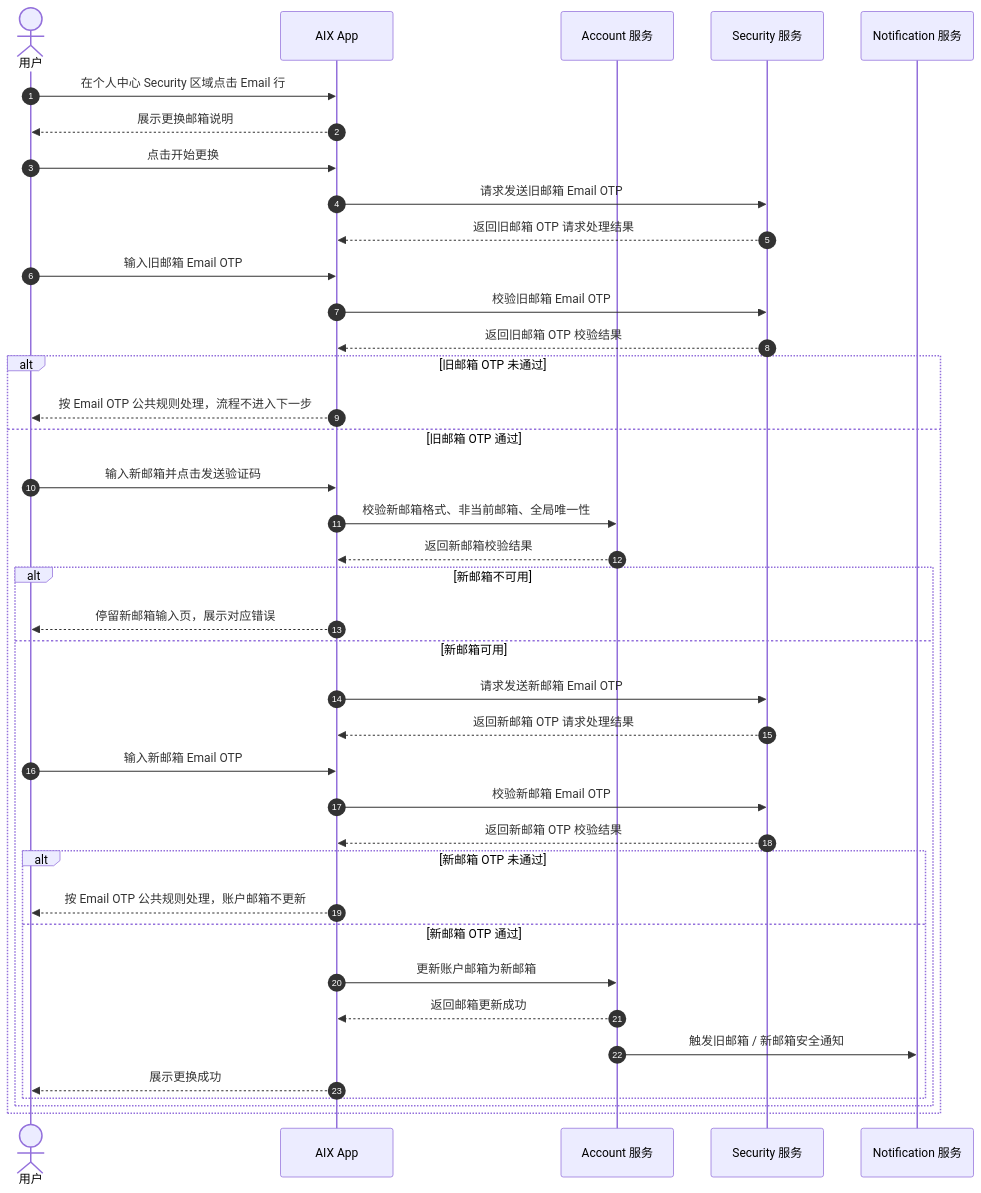
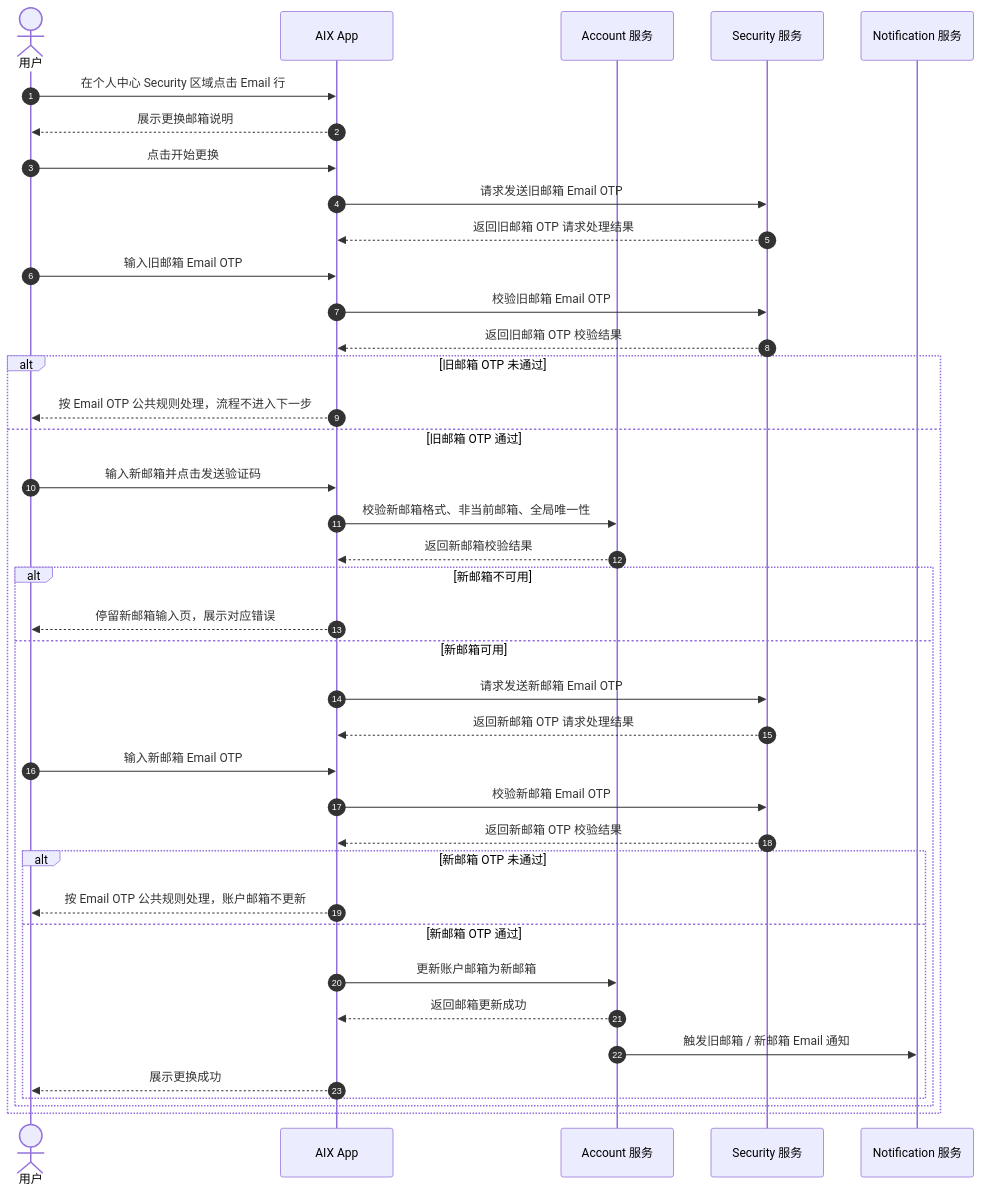
The first of 2 diagrams in requirements/2026-05/account/change-email.md (kelvin381539960-cyber/prd-for-ai), drawn with Mermaid before and after one commit. The commit also changed other lines of this file, not shown here.

Commit message:
docs: streamline change email PRD per review

````diff
--- a/requirements/2026-05/account/change-email.md
+++ b/requirements/2026-05/account/change-email.md
@@ -74,46 +70,46 @@
 ```mermaid
 sequenceDiagram
     autonumber
     actor User as 用户
     participant App as AIX App
     participant Account as Account 服务
     participant Security as Security 服务
     participant Notification as Notification 服务
 
     User->>App: 在个人中心 Security 区域点击 Email 行
     App-->>User: 展示更换邮箱说明
     User->>App: 点击开始更换
 
     App->>Security: 请求发送旧邮箱 Email OTP
     Security-->>App: 返回旧邮箱 OTP 请求处理结果
     User->>App: 输入旧邮箱 Email OTP
     App->>Security: 校验旧邮箱 Email OTP
     Security-->>App: 返回旧邮箱 OTP 校验结果
 
     alt 旧邮箱 OTP 未通过
         App-->>User: 按 Email OTP 公共规则处理，流程不进入下一步
     else 旧邮箱 OTP 通过
         User->>App: 输入新邮箱并点击发送验证码
         App->>Account: 校验新邮箱格式、非当前邮箱、全局唯一性
         Account-->>App: 返回新邮箱校验结果
 
         alt 新邮箱不可用
             App-->>User: 停留新邮箱输入页，展示对应错误
         else 新邮箱可用
             App->>Security: 请求发送新邮箱 Email OTP
             Security-->>App: 返回新邮箱 OTP 请求处理结果
             User->>App: 输入新邮箱 Email OTP
             App->>Security: 校验新邮箱 Email OTP
             Security-->>App: 返回新邮箱 OTP 校验结果
 
             alt 新邮箱 OTP 未通过
                 App-->>User: 按 Email OTP 公共规则处理，账户邮箱不更新
             else 新邮箱 OTP 通过
                 App->>Account: 更新账户邮箱为新邮箱
                 Account-->>App: 返回邮箱更新成功
-                Account->>Notification: 触发旧邮箱 / 新邮箱安全通知
+                Account->>Notification: 触发旧邮箱 / 新邮箱 Email 通知
                 App-->>User: 展示更换成功
             end
         end
     end
 ```
````
